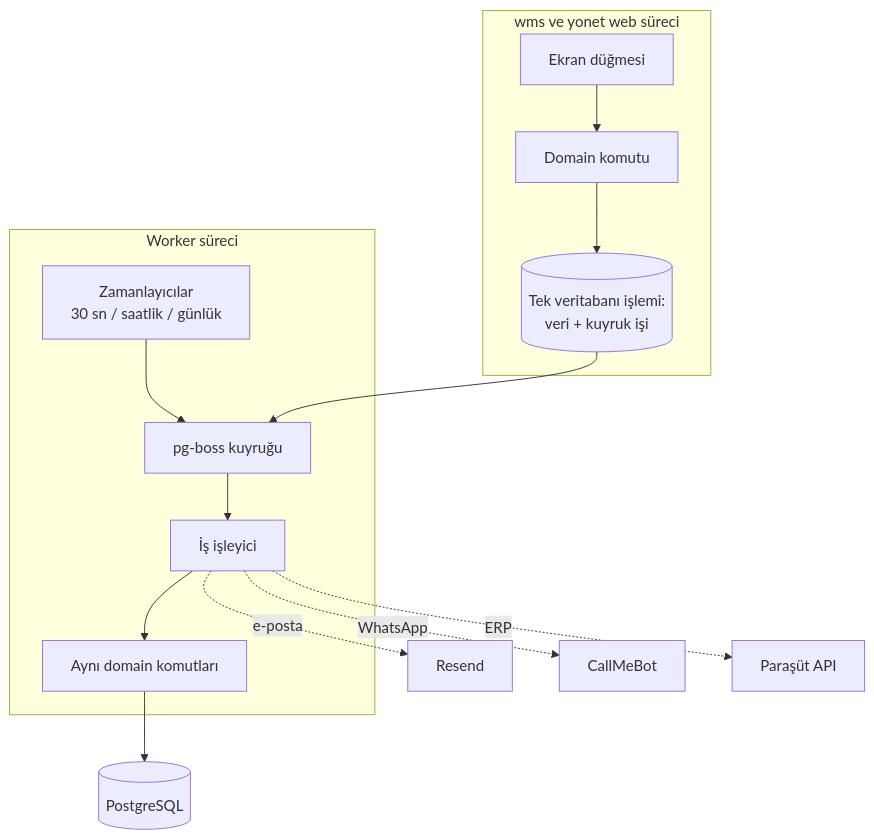
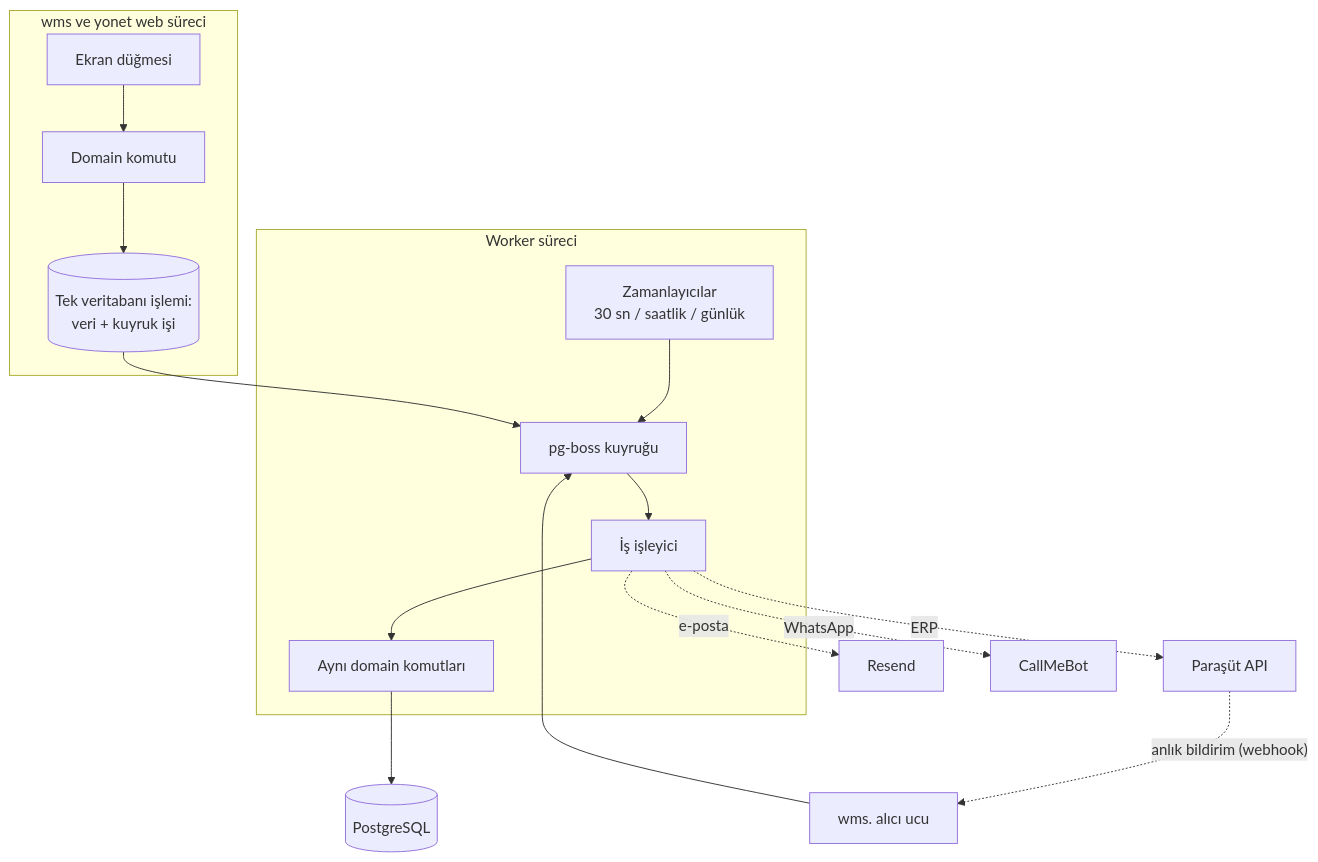
One commit to shosgoren/EtkinWMS changed diagram 15 of 15 in docs/fonksiyonel-mimari/02d-yonetim-paneli-site-entegrasyon.md. Above: the diagram before and after it, drawn with Mermaid. The commit also changed other lines of this file and 9 other files, not shown here.

````diff
--- a/docs/fonksiyonel-mimari/02d-yonetim-paneli-site-entegrasyon.md
+++ b/docs/fonksiyonel-mimari/02d-yonetim-paneli-site-entegrasyon.md
@@ -721,17 +810,19 @@
 ```mermaid
 flowchart TB
     subgraph Web[wms ve yonet web süreci]
       A1[Ekran düğmesi] --> A2[Domain komutu]
       A2 --> TX[(Tek veritabanı işlemi:<br/>veri + kuyruk işi)]
     end
     subgraph Worker[Worker süreci]
       Z[Zamanlayıcılar<br/>30 sn / saatlik / günlük] --> Q
       Q[pg-boss kuyruğu] --> J[İş işleyici]
       J --> D[Aynı domain komutları]
     end
     TX --> Q
     D --> DB[(PostgreSQL)]
     J -. e-posta .-> M[Resend]
     J -. WhatsApp .-> C[CallMeBot]
     J -. ERP .-> P[Paraşüt API]
+    P -. "anlık bildirim (webhook)" .-> WH[wms. alıcı ucu]
+    WH --> Q
 ```
````
